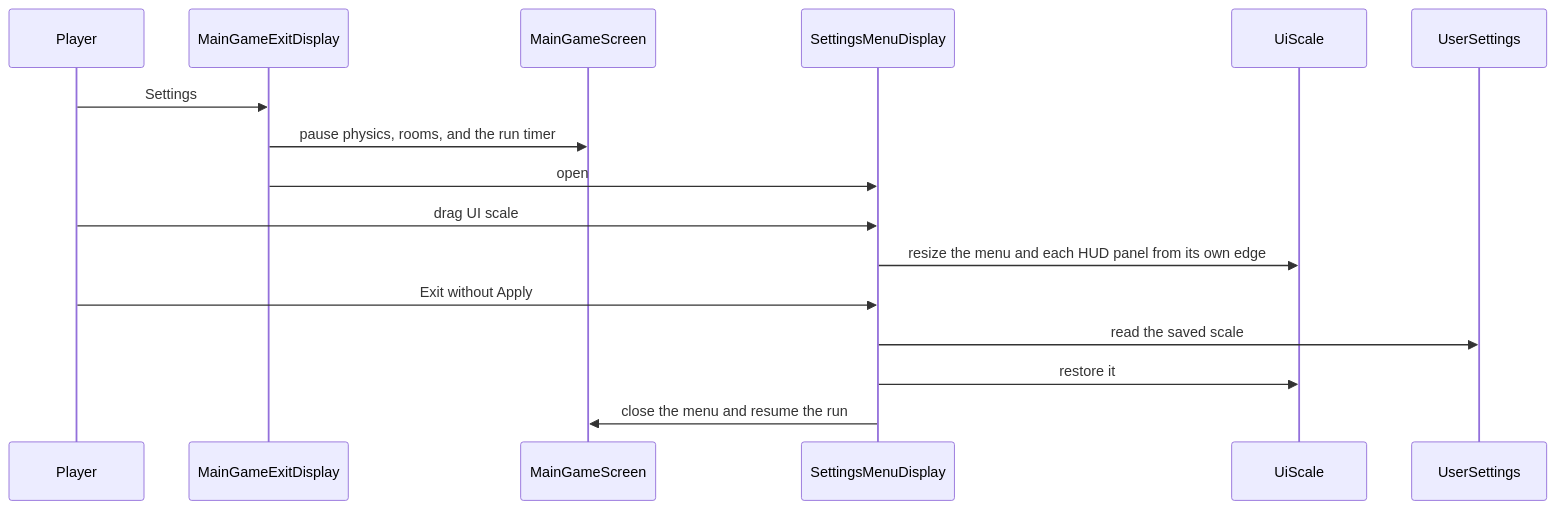
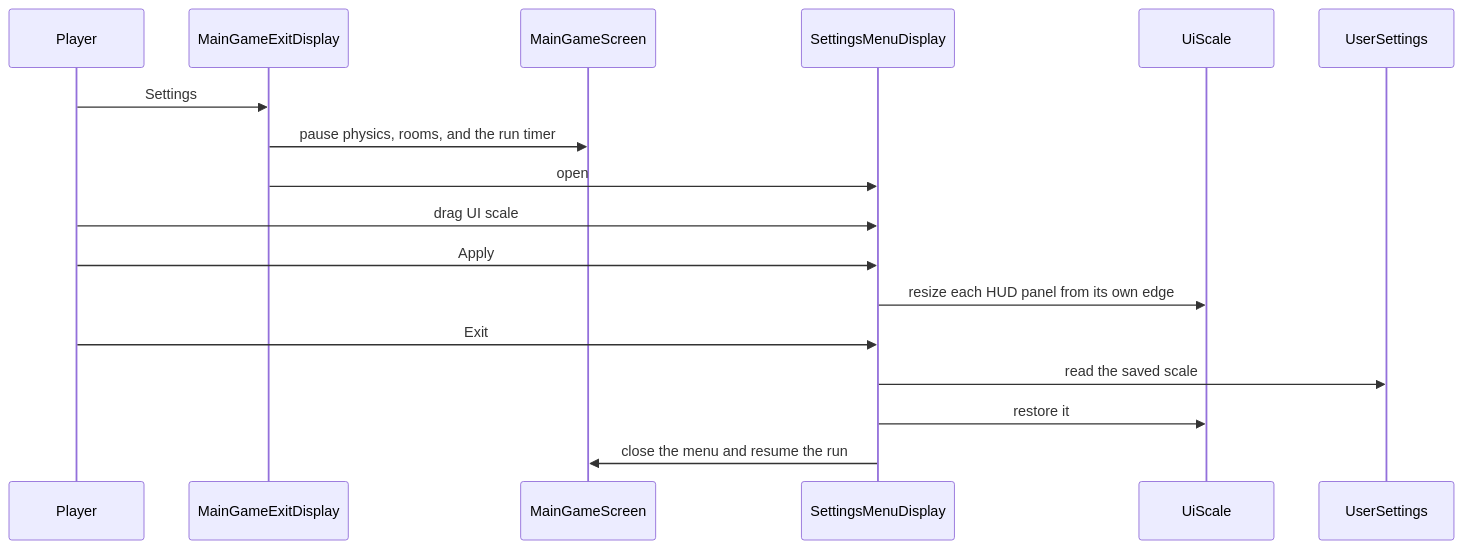
The third of 4 diagrams in source/docs/settings-menu.md (UQcsse3200/2026-studio-4), drawn with Mermaid before and after one commit. The commit also changed other lines of this file and 3 other files, not shown here.

Commit message:
Apply UI scale only after Apply, and leave the settings page unscaled (#238).

````diff
--- a/source/docs/settings-menu.md
+++ b/source/docs/settings-menu.md
@@ -153,19 +153,20 @@
 ```mermaid
 sequenceDiagram
   participant Player
   participant Exit as MainGameExitDisplay
   participant Run as MainGameScreen
   participant Page as SettingsMenuDisplay
   participant Scale as UiScale
   participant Settings as UserSettings
 
   Player->>Exit: Settings
   Exit->>Run: pause physics, rooms, and the run timer
   Exit->>Page: open
   Player->>Page: drag UI scale
-  Page->>Scale: resize the menu and each HUD panel from its own edge
-  Player->>Page: Exit without Apply
+  Player->>Page: Apply
+  Page->>Scale: resize each HUD panel from its own edge
+  Player->>Page: Exit
   Page->>Settings: read the saved scale
   Page->>Scale: restore it
   Page->>Run: close the menu and resume the run
 ```
````
